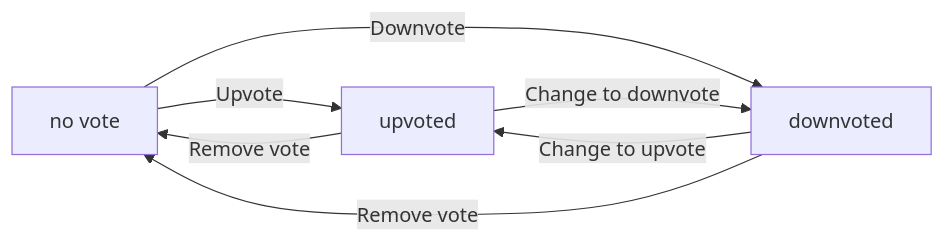
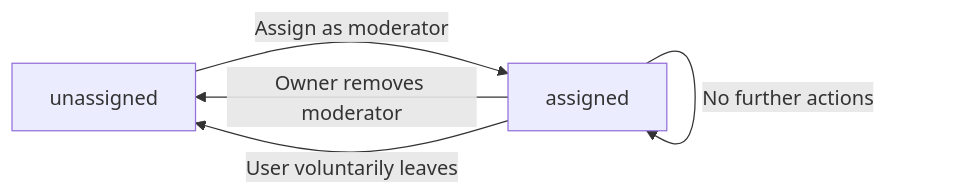
One commit to wrtnlabs/autobe-examples changed the fourth of 4 diagrams in qwen/qwen3.5-35b-a3b/reddit/docs/analysis/02-domain-model.md. Above: the diagram before and after it, drawn with Mermaid. The commit also changed other lines of this file and 32093 other files, not shown here.

````diff
--- a/qwen/qwen3.5-35b-a3b/reddit/docs/analysis/02-domain-model.md
+++ b/qwen/qwen3.5-35b-a3b/reddit/docs/analysis/02-domain-model.md
@@ -1033,9 +862,7 @@
 ```mermaid
 flowchart LR
-    A["no vote"] -->|"Upvote"| B["upvoted"]
-    A -->|"Downvote"| C["downvoted"]
-    B -->|"Change to downvote"| C
-    C -->|"Change to upvote"| B
-    B -->|"Remove vote"| A
-    C -->|"Remove vote"| A
+    A["unassigned"] -->|"Assign as moderator"| B["assigned"]
+    B -->|"Owner removes moderator"| A
+    B -->|"User voluntarily leaves"| A
+    B -->|"No further actions"| B
 ```
````
